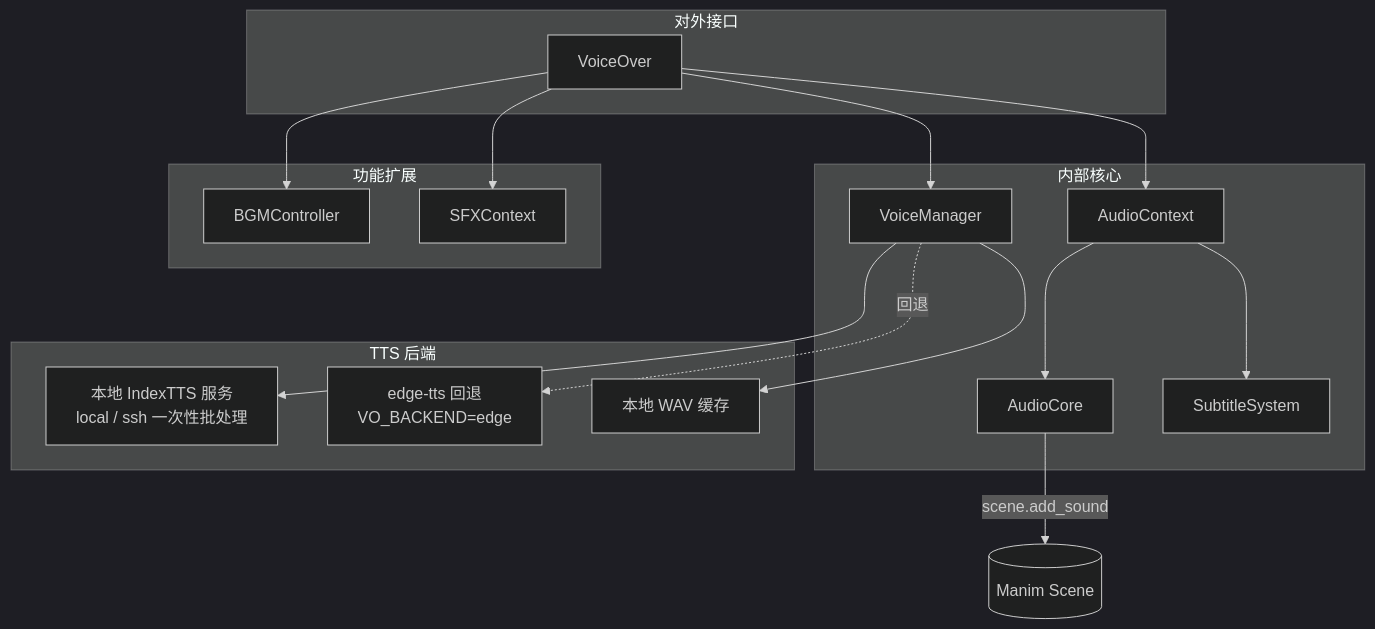
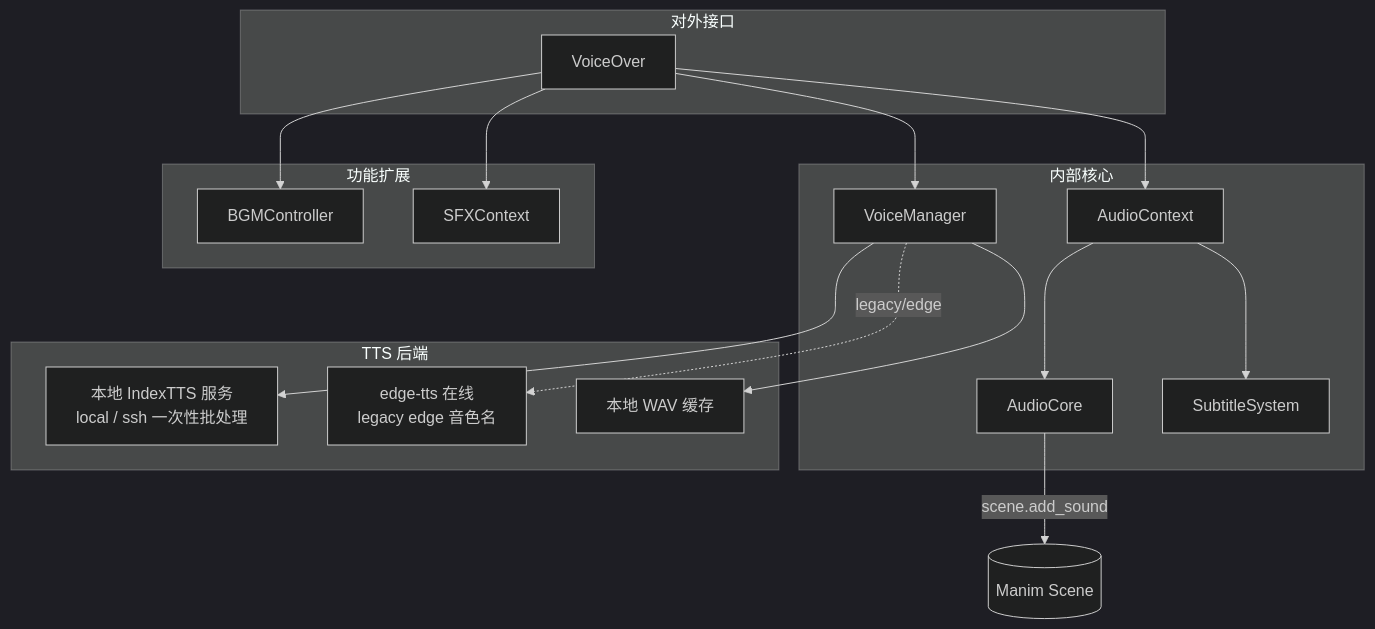
Before and after one commit to mronebian/manim-singularity: the diagram in docs/voiceover.md, drawn with Mermaid (dark theme). The commit also changed other lines of this file and 5 other files, not shown here.

First line of the commit message:
feat(voiceover): backend=auto/local/edge 逐层覆盖; legacy edge 名真走 edge-tts; 分阶段进度日志

````diff
--- a/docs/voiceover.md
+++ b/docs/voiceover.md
@@ -9,38 +9,38 @@
 ```mermaid
 graph TB
     subgraph PUBLIC["对外接口"]
         VO[VoiceOver]
     end
 
     subgraph CORE["内部核心"]
         AC[AudioCore]
         VM[VoiceManager]
         CTX[AudioContext]
         SUB[SubtitleSystem]
     end
 
     subgraph EXT["功能扩展"]
         BGM[BGMController]
         SFX[SFXContext]
     end
 
     subgraph BACKEND["TTS 后端"]
         LOCAL[本地 IndexTTS 服务<br/>local / ssh 一次性批处理]
-        EDGE[edge-tts 回退<br/>VO_BACKEND=edge]
+        EDGE[edge-tts 在线<br/>legacy edge 音色名]
         CACHE[本地 WAV 缓存]
     end
 
     VO --> CTX
     VO --> VM
     VO --> BGM
     VO --> SFX
 
     CTX --> AC
     CTX --> SUB
 
     VM --> LOCAL
-    VM -. 回退 .-> EDGE
+    VM -. legacy/edge .-> EDGE
     VM --> CACHE
 
     AC -->|scene.add_sound| MANIM[(Manim Scene)]
 ```
````
